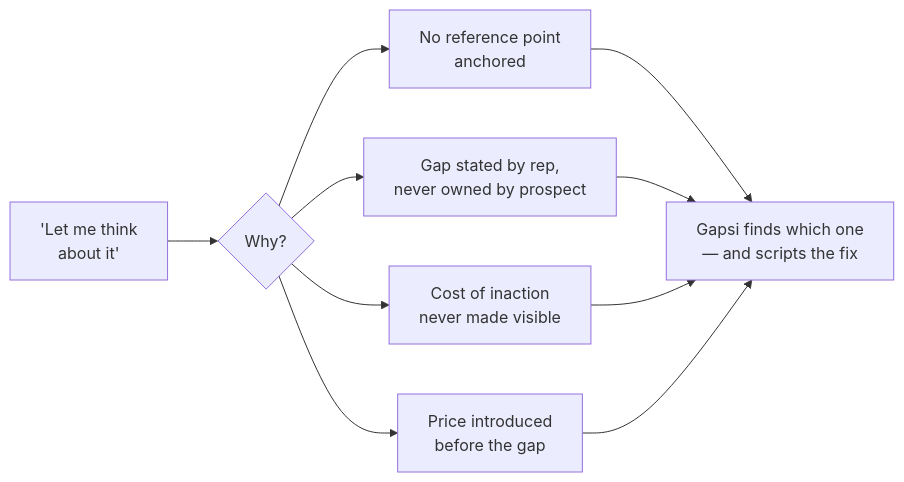
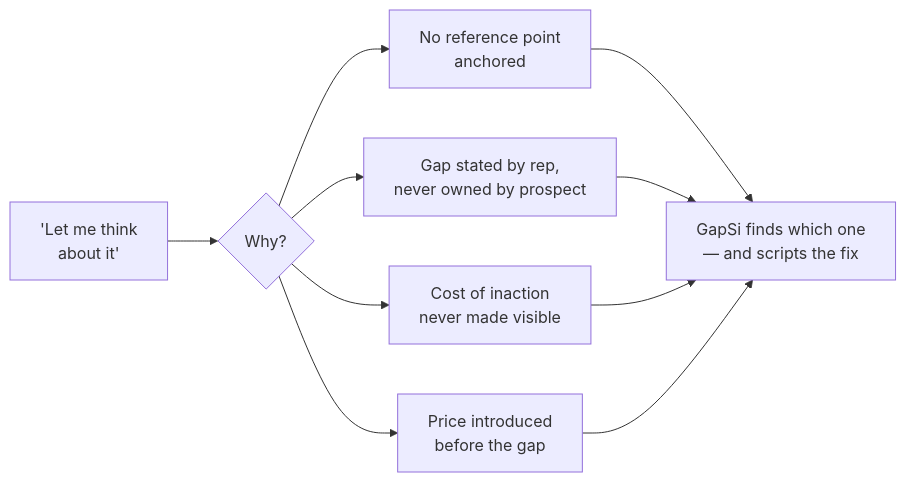
The first of 13 diagrams in README.md (termsheetinator/gapsi-agent), drawn with Mermaid before and after one commit. The commit also changed other lines of this file and 3 other files, not shown here.

Commit message:
v2.6.1 — rebrand Gapsi → GapSi throughout all files

````diff
--- a/README.md
+++ b/README.md
@@ -71,12 +71,12 @@
 ```mermaid
 flowchart LR
     A["'Let me think<br/>about it'"] --> B{Why?}
     B --> C["No reference point<br/>anchored"]
     B --> D["Gap stated by rep,<br/>never owned by prospect"]
     B --> E["Cost of inaction<br/>never made visible"]
     B --> F["Price introduced<br/>before the gap"]
-    C --> G["Gapsi finds which one<br/>— and scripts the fix"]
+    C --> G["GapSi finds which one<br/>— and scripts the fix"]
     D --> G
     E --> G
     F --> G
 ```
````
